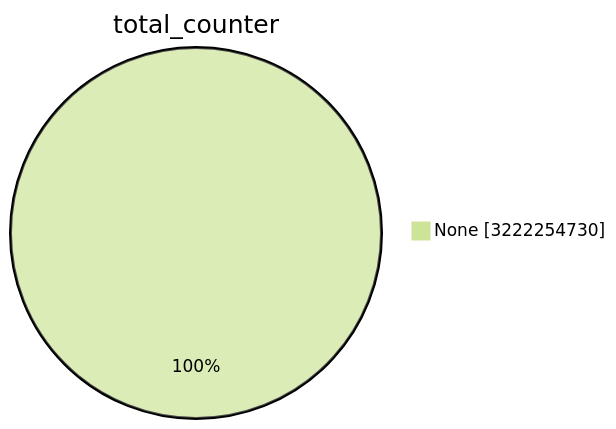
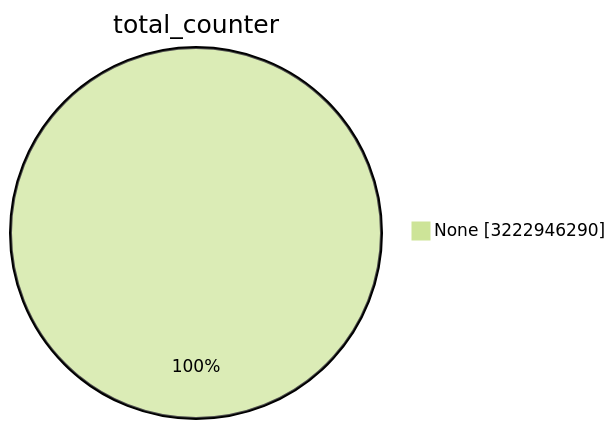
The first of 15 diagrams in TOTAL/README.md (christiankrug/ctmonitor_visualization), drawn with Mermaid (forest theme) before and after one commit. The commit also changed other lines of this file, not shown here.

````diff
--- a/TOTAL/README.md
+++ b/TOTAL/README.md
@@ -1,5 +1,5 @@
 ```mermaid
 pie showData
 title total_counter
-"None" :3222254730
+"None" :3222946290
 ```
````
